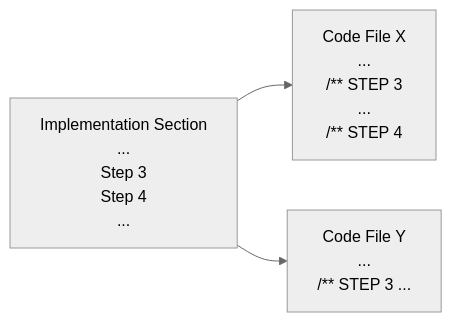
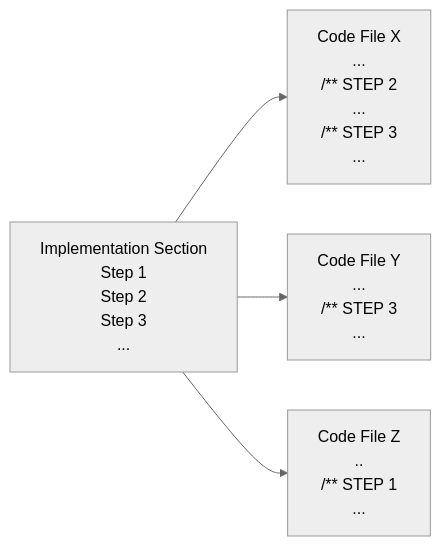
Before and after one commit to inertialsense/inertial-sense-sdk: the second of 2 diagrams in ExampleProjects/CustomPort/CustomVirtual/README.md, drawn with Mermaid (neutral theme). The commit also changed other lines of this file and 2 other files, not shown here.

Commit message:
Rename app top file to main; begin updates to README like rearranging sections, update diagrams, remove some terms, etc

````diff
--- a/ExampleProjects/CustomPort/CustomVirtual/README.md
+++ b/ExampleProjects/CustomPort/CustomVirtual/README.md
@@ -58,5 +62,6 @@
 ```mermaid
 flowchart LR
-    A[Implementation Section <br> ... <br> Step 3 <br> Step 4 <br> ... ] --> B[Code File X <br> ... <br> /** STEP 3 <br> ... <br> /** STEP 4]
-    A --> C[Code File Y <br> ... <br> /** STEP 3 ... <br>]
+    A[Implementation Section <br> Step 1 <br> Step 2 <br> Step 3 <br> ... ] --> B[Code File X <br> ... <br> /** STEP 2 <br> ... <br> /** STEP 3 <br> ... ]
+    A --> C[Code File Y <br> ... <br> /** STEP 3 <br> ...]
+    A --> D[Code File Z <br> .. <br> /** STEP 1 <br>  ...]
 ```
````
